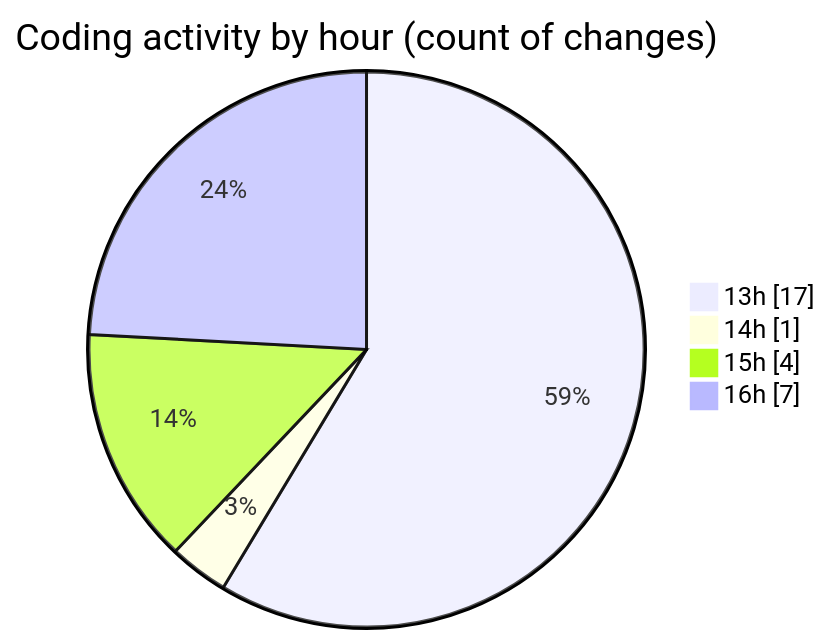
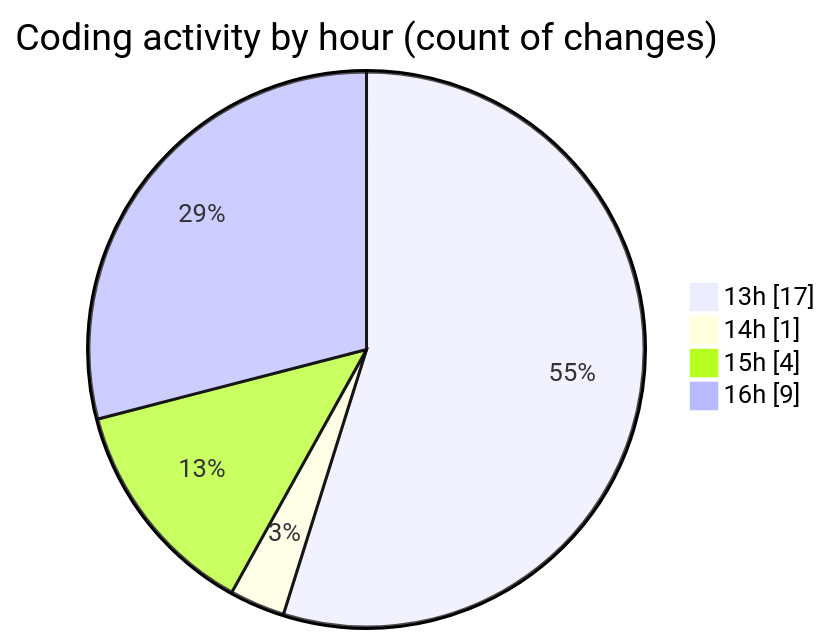
Before and after one commit to momahboobian/code-tracking: the second of 2 diagrams in 2026-10-23/cda/README.md, drawn with Mermaid. The commit also changed other lines of this file and 1 other file, not shown here.

````diff
--- a/2026-10-23/cda/README.md
+++ b/2026-10-23/cda/README.md
@@ -43,8 +43,8 @@
 ```mermaid
 pie showData
 title Coding activity by hour (count of changes)
 "13h" : 17
 "14h" : 1
 "15h" : 4
-"16h" : 7
+"16h" : 9
 ```
````
